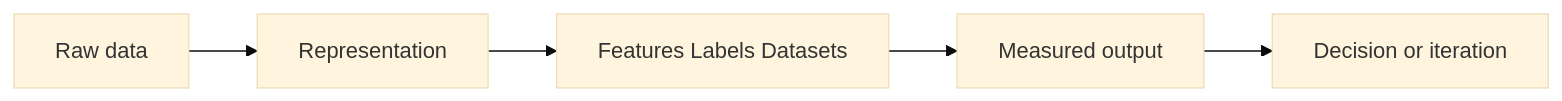
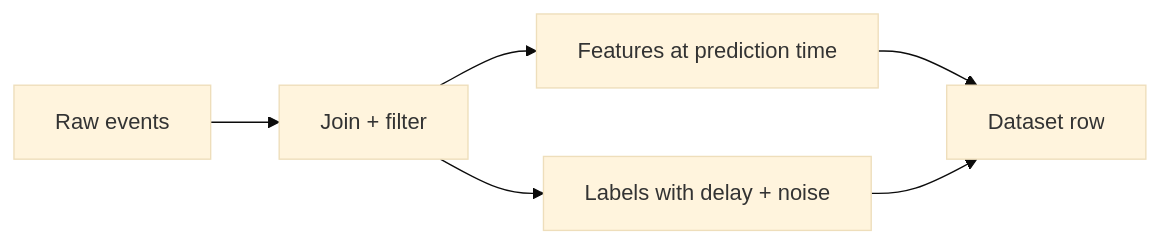
The diagram in fundamentals/06-features-labels-datasets.md (Icon1cc/Machine-Learning), drawn with Mermaid (base theme) before and after one commit. The commit also changed other lines of this file and 264 other files, not shown here.

````diff
--- a/fundamentals/06-features-labels-datasets.md
+++ b/fundamentals/06-features-labels-datasets.md
@@ -92,7 +57,8 @@
 ```mermaid
 flowchart LR
-    A[Raw data] --> B[Representation]
-    B --> C[Features Labels Datasets]
-    C --> D[Measured output]
-    D --> E[Decision or iteration]
+    R[Raw events] --> J[Join + filter]
+    J --> F[Features at prediction time]
+    J --> L[Labels with delay + noise]
+    F --> D[Dataset row]
+    L --> D
 ```
````
